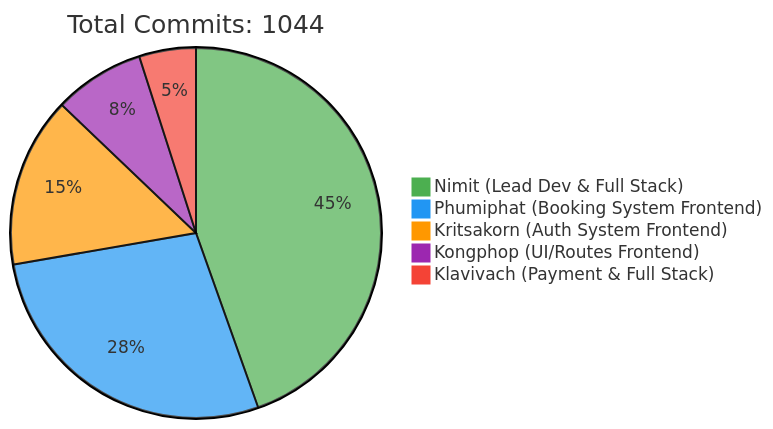
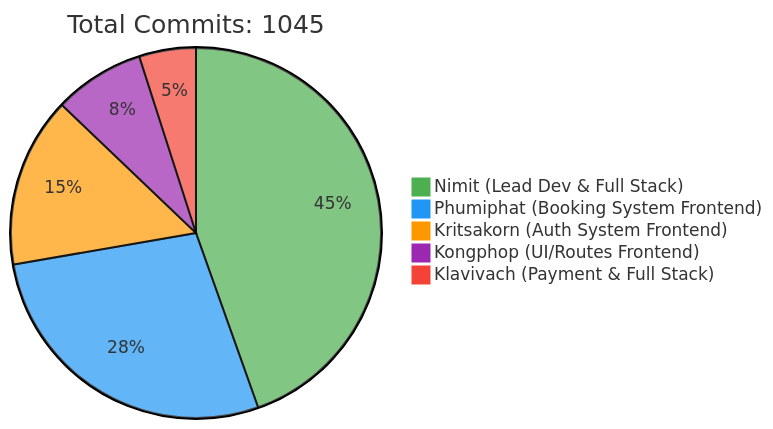
One commit to 6531503042/Sport-Complex changed the first of 2 diagrams in README.md. Above: the diagram before and after it, drawn with Mermaid. The commit also changed other lines of this file, not shown here.

Commit message:
docs: Update contributor statistics [skip ci]

````diff
--- a/README.md
+++ b/README.md
@@ -240,10 +240,10 @@
 ```mermaid
 %%{init: {'theme': 'base', 'themeVariables': { 'pie1': '#4CAF50', 'pie2': '#2196F3', 'pie3': '#FF9800', 'pie4': '#9C27B0', 'pie5': '#F44336'}}}%%
 pie
-    title Total Commits: 1044
+    title Total Commits: 1045
     "Nimit (Lead Dev & Full Stack)" : 450
     "Phumiphat (Booking System Frontend)" : 280
     "Kritsakorn (Auth System Frontend)" : 150
     "Kongphop (UI/Routes Frontend)" : 80
     "Klavivach (Payment & Full Stack)" : 50
 ```
````
